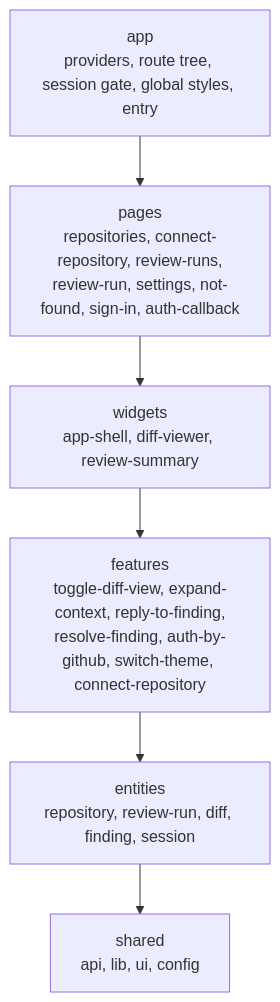
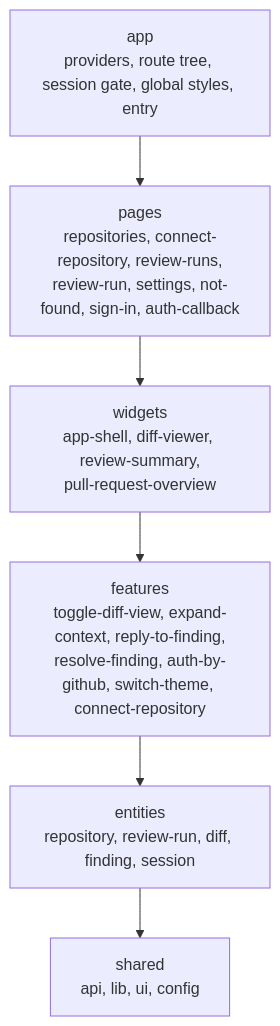
The first of 2 diagrams in FRONTEND_ARCHITECTURE.md (larchanka-training/dmc-268-ui-t3), drawn with Mermaid before and after one commit. The commit also changed other lines of this file and 44 other files, not shown here.

````diff
--- a/FRONTEND_ARCHITECTURE.md
+++ b/FRONTEND_ARCHITECTURE.md
@@ -9,9 +9,9 @@
 ```mermaid
 flowchart TD
   app["app<br/>providers, route tree, session gate, global styles, entry"] --> pages
   pages["pages<br/>repositories, connect-repository, review-runs,<br/>review-run, settings, not-found, sign-in, auth-callback"] --> widgets
-  widgets["widgets<br/>app-shell, diff-viewer, review-summary"] --> features
+  widgets["widgets<br/>app-shell, diff-viewer, review-summary,<br/>pull-request-overview"] --> features
   features["features<br/>toggle-diff-view, expand-context, reply-to-finding,<br/>resolve-finding, auth-by-github, switch-theme, connect-repository"] --> entities
   entities["entities<br/>repository, review-run, diff, finding, session"] --> shared
   shared["shared<br/>api, lib, ui, config"]
 ```
````
